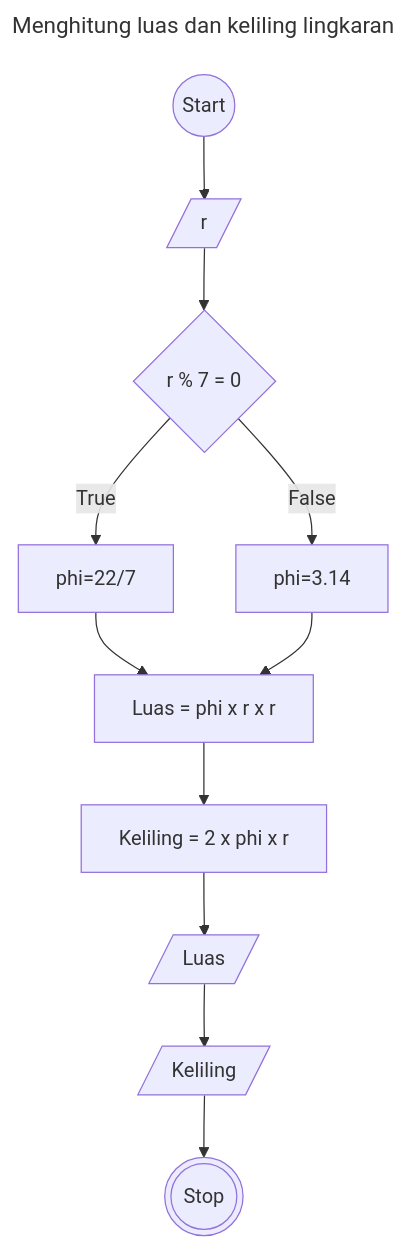
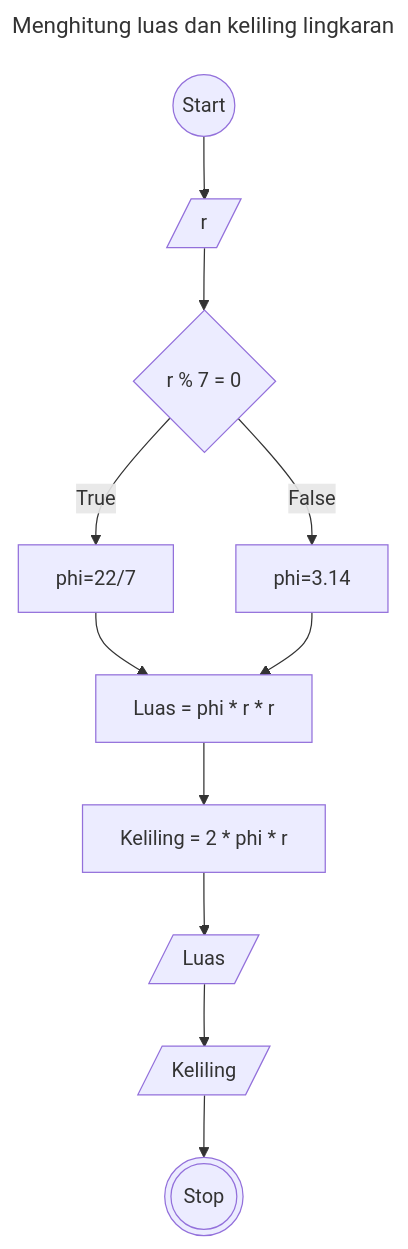
Before and after one commit to ItsnaMaulanaHasan/koda-b4-algoritma: the diagram in minitask5-flowchart.md, drawn with Mermaid.

````diff
--- a/minitask5-flowchart.md
+++ b/minitask5-flowchart.md
@@ -3,26 +3,25 @@
 ```mermaid
 ---
     title: Menghitung luas dan keliling lingkaran
 ---
 flowchart TD
     id1((Start))
     id2[/r/]
     id1 --> id2
     id3{r % 7 = 0}
     id2 --> id3
     id4[phi=22/7]
     id5[phi=3.14]
     id3 -- True --> id4
     id3 -- False --> id5
-    id6[Luas = phi x r x r]
-    id7[Keliling = 2 x phi x r]
+    id6[Luas = phi * r * r]
+    id7[Keliling = 2 * phi * r]
     id4 & id5 --> id6
     id6 --> id7
     id8[/Luas/]
     id9[/Keliling/]
     id7 --> id8
     id8 --> id9
     id10(((Stop)))
     id9 --> id10
-    
 ```
````
